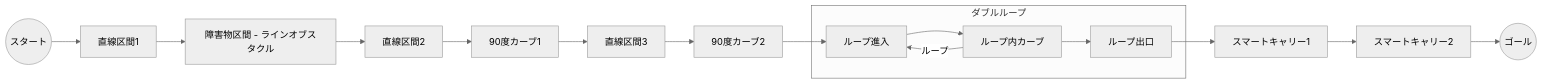
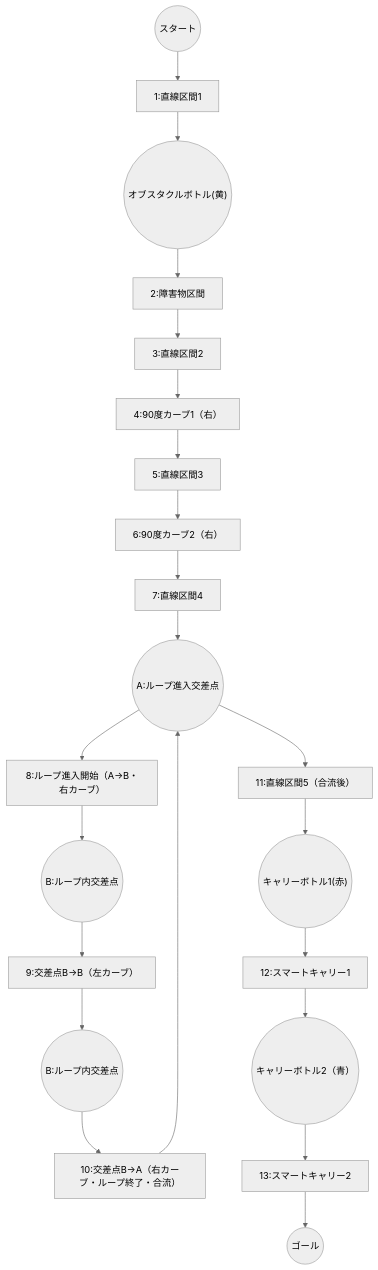
Before and after one commit to er-ri/nnspike: the diagram in output/driving_strategy_report.md, drawn with Mermaid (neutral theme). The commit also changed other lines of this file, not shown here.

````diff
--- a/output/driving_strategy_report.md
+++ b/output/driving_strategy_report.md
@@ -89,20 +89,27 @@
 ```mermaid
-flowchart LR
+flowchart TD
     Start((スタート))
-    S1[直線区間1]
-    OB["障害物区間 - ラインオブスタクル"]
-    S2[直線区間2]
-    C1[90度カーブ1]
-    S3[直線区間3]
-    C2[90度カーブ2]
-    subgraph DL[ダブルループ]
-        DL1[ループ進入]
-        DL2[ループ内カーブ]
-        DL3[ループ出口]
-    end
-    G1[スマートキャリー1]
-    G2[スマートキャリー2]
+    S1["1:直線区間1"]
+    OBY(("オブスタクルボトル(黄)"))
+    OB["2:障害物区間"]
+    S2["3:直線区間2"]
+    C1["4:90度カーブ1（右）"]
+    S3["5:直線区間3"]
+    C2["6:90度カーブ2（右）"]
+    S4["7:直線区間4"]
+    A((A:ループ進入交差点))
+    DL1["8:ループ進入開始（A→B・右カーブ）"]
+    B((B:ループ内交差点))
+    DL2["9:交差点B→B（左カーブ）"]
+    B2((B:ループ内交差点))
+    DL3["10:交差点B→A（右カーブ・ループ終了・合流）"]
+    RS["11:直線区間5（合流後）"]
+    CB1(("キャリーボトル1(赤)"))
+    G1["12:スマートキャリー1"]
+    CB2(("キャリーボトル2（青）"))
+    G2["13:スマートキャリー2"]
     Goal((ゴール))
-    Start --> S1 --> OB --> S2 --> C1 --> S3 --> C2 --> DL1 --> DL2 --> DL3 --> G1 --> G2 --> Goal
-    DL2 --ループ--> DL1
+    Start --> S1 --> OBY --> OB --> S2 --> C1 --> S3 --> C2 --> S4 --> A --> DL1 --> B
+    B --> DL2 --> B2
+    B2 --> DL3 --> A --> RS --> CB1 --> G1 --> CB2 --> G2 --> Goal
 ```
````
